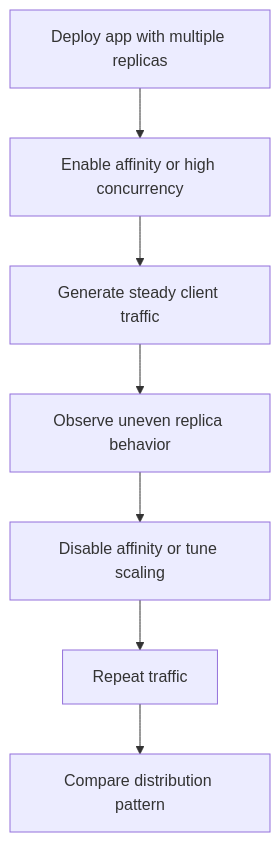
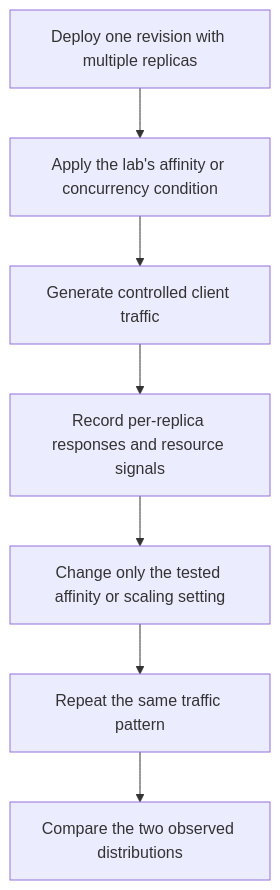
One commit to yeongseon/azure-container-apps-practical-guide changed the diagram in docs/troubleshooting/lab-guides/replica-load-imbalance.md. Above: the diagram before and after it, drawn with Mermaid. The commit also changed other lines of this file and 25 other files, not shown here.

Commit message:
docs(diagrams): migrate lab guide diagrams (#624)

````diff
--- a/docs/troubleshooting/lab-guides/replica-load-imbalance.md
+++ b/docs/troubleshooting/lab-guides/replica-load-imbalance.md
@@ -53,9 +53,9 @@
 ```mermaid
 flowchart TD
-    A[Deploy app with multiple replicas] --> B[Enable affinity or high concurrency]
-    B --> C[Generate steady client traffic]
-    C --> D[Observe uneven replica behavior]
-    D --> E[Disable affinity or tune scaling]
-    E --> F[Repeat traffic]
-    F --> G[Compare distribution pattern]
+    DEPLOY["Deploy one revision with multiple replicas"] --> TRIGGER["Apply the lab's affinity or concurrency condition"]
+    TRIGGER --> LOAD["Generate controlled client traffic"]
+    LOAD --> EVIDENCE["Record per-replica responses and resource signals"]
+    EVIDENCE --> FIX["Change only the tested affinity or scaling setting"]
+    FIX --> REPEAT["Repeat the same traffic pattern"]
+    REPEAT --> COMPARE["Compare the two observed distributions"]
 ```
````
